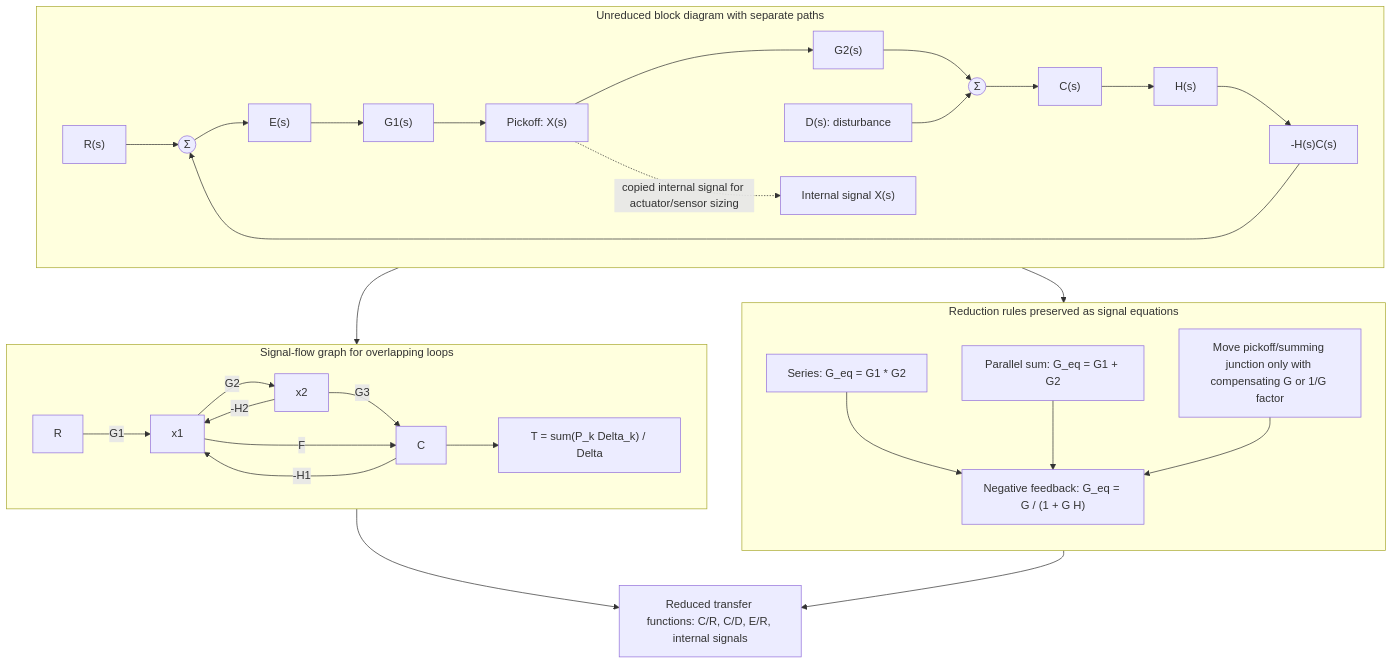
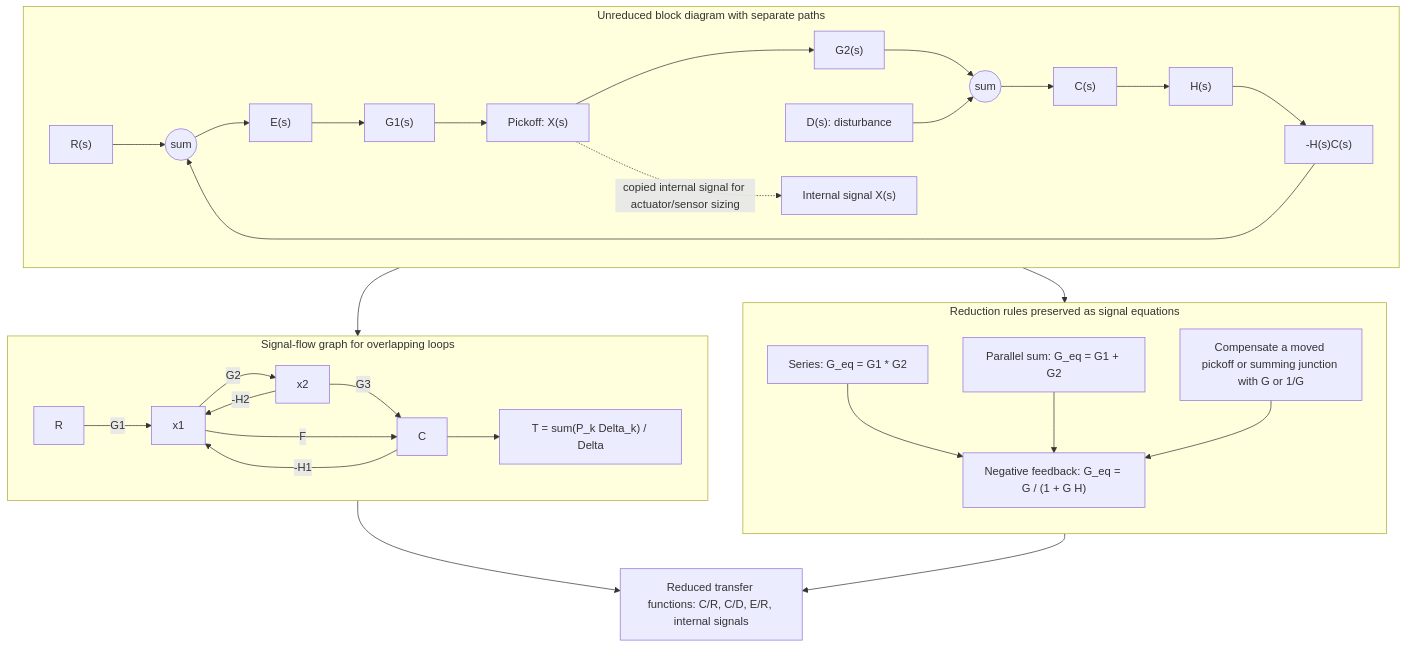
Before and after one commit to justinbrianhwang/SJ-wiki: the diagram in docs/cs/control-engineering/block-diagrams-signal-flow-and-mason.md, drawn with Mermaid. The commit also changed other lines of this file and 955 other files, not shown here.

````diff
--- a/docs/cs/control-engineering/block-diagrams-signal-flow-and-mason.md
+++ b/docs/cs/control-engineering/block-diagrams-signal-flow-and-mason.md
@@ -101,45 +53,45 @@
 ```mermaid
 flowchart TB
   subgraph Original["Unreduced block diagram with separate paths"]
     direction LR
-    R["R(s)"] --> S1(("Σ"))
+    R["R(s)"] --> S1(("sum"))
     FB["-H(s)C(s)"] --> S1
     S1 --> E["E(s)"]
     E --> G1["G1(s)"]
     G1 --> Pick["Pickoff: X(s)"]
     Pick --> G2["G2(s)"]
-    G2 --> S2(("Σ"))
+    G2 --> S2(("sum"))
     D["D(s): disturbance"] --> S2
     S2 --> C["C(s)"]
     C --> H["H(s)"]
     H --> FB
     Pick -. "copied internal signal for actuator/sensor sizing" .-> Internal["Internal signal X(s)"]
   end
 
   subgraph Algebra["Reduction rules preserved as signal equations"]
     direction TB
     Series["Series: G_eq = G1 * G2"]
     Parallel["Parallel sum: G_eq = G1 + G2"]
     Feedback["Negative feedback: G_eq = G / (1 + G H)"]
-    Move["Move pickoff/summing junction only with compensating G or 1/G factor"]
+    Move["Compensate a moved pickoff or summing junction with G or 1/G"]
     Series --> Feedback
     Parallel --> Feedback
     Move --> Feedback
   end
 
   subgraph Mason["Signal-flow graph for overlapping loops"]
     direction LR
     X0["R"] -->|"G1"| X1["x1"]
     X1 -->|"G2"| X2["x2"]
     X2 -->|"G3"| X3["C"]
     X2 -->|"-H2"| X1
     X3 -->|"-H1"| X1
     X1 -->|"F"| X3
     X3 --> MasonEq["T = sum(P_k Delta_k) / Delta"]
   end
 
   Internal --> Series
   Internal --> X0
   Feedback --> Reduced["Reduced transfer functions: C/R, C/D, E/R, internal signals"]
   MasonEq --> Reduced
 ```
````
